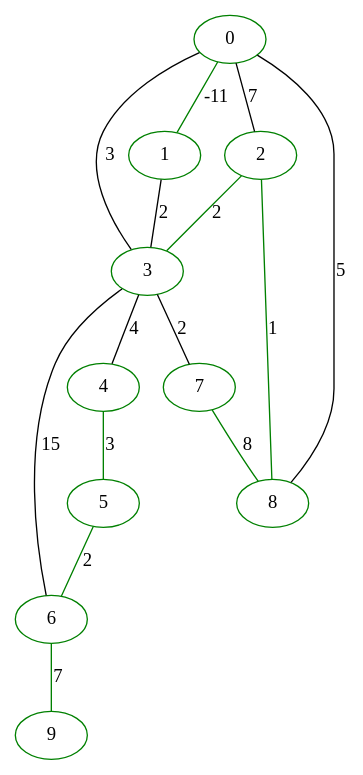
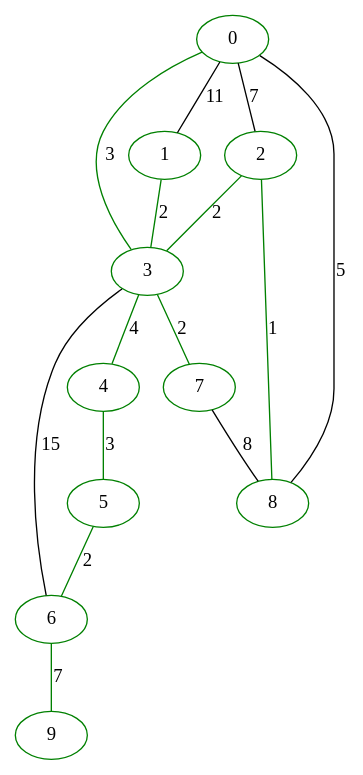
One commit to enzobonf/algoritmos-grafos changed the diagram in output.dot. Above: the diagram before and after it, drawn with Graphviz. The commit also changed 7 other files, not shown here.

```diff
--- a/output.dot
+++ b/output.dot
@@ -1,26 +1,26 @@
 graph G {
 0 [label="0", color=green];
 1 [label="1", color=green];
 2 [label="2", color=green];
 3 [label="3", color=green];
 4 [label="4", color=green];
 5 [label="5", color=green];
 6 [label="6", color=green];
 7 [label="7", color=green];
 8 [label="8", color=green];
 9 [label="9", color=green];
-0 -- 1 [label="-11", color=green];
+0 -- 1 [label="11"];
 0 -- 2 [label="7"];
-0 -- 3 [label="3"];
+0 -- 3 [label="3", color=green];
 0 -- 8 [label="5"];
-1 -- 3 [label="2"];
+1 -- 3 [label="2", color=green];
 2 -- 3 [label="2", color=green];
 2 -- 8 [label="1", color=green];
-3 -- 4 [label="4"];
+3 -- 4 [label="4", color=green];
 3 -- 6 [label="15"];
-3 -- 7 [label="2"];
+3 -- 7 [label="2", color=green];
 4 -- 5 [label="3", color=green];
 5 -- 6 [label="2", color=green];
 6 -- 9 [label="7", color=green];
-7 -- 8 [label="8", color=green];
+7 -- 8 [label="8"];
 }
```
